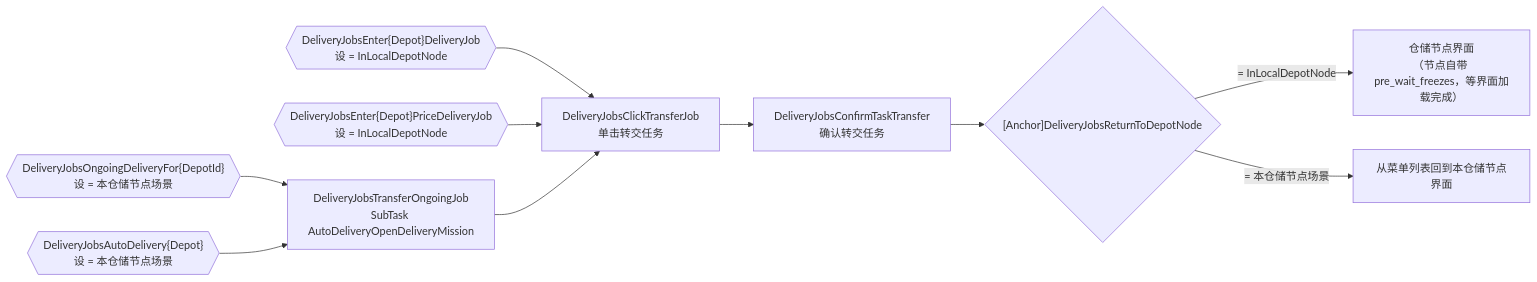
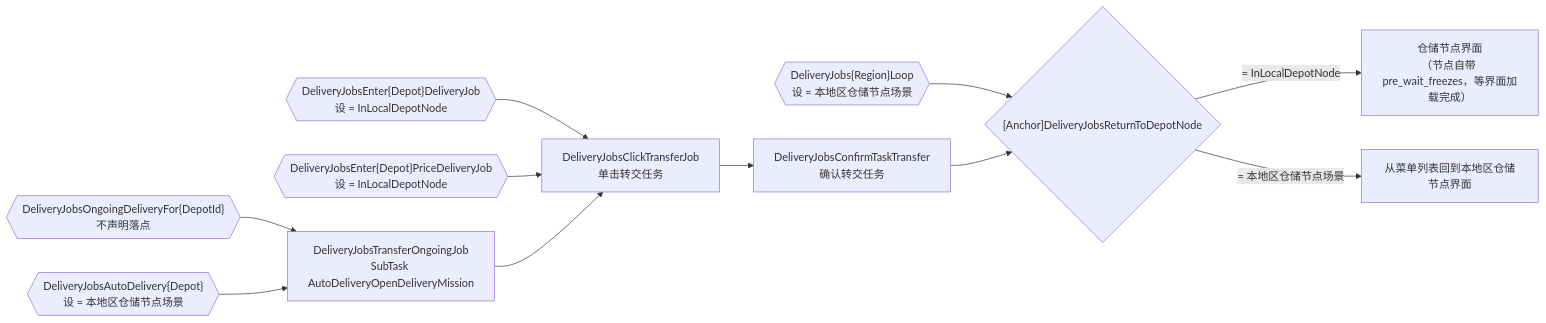
Before and after one commit to MaaEnd/MaaEnd: the fifth of 8 diagrams in docs/zh_cn/developers/tasks/delivery-jobs-maintain.md, drawn with Mermaid. The commit also changed other lines of this file and 9 other files, not shown here.

First line of the commit message:
fix(DeliveryJobs): 残留委托的回跳落点固定为发起遍历地区的仓储节点

````diff
--- a/docs/zh_cn/developers/tasks/delivery-jobs-maintain.md
+++ b/docs/zh_cn/developers/tasks/delivery-jobs-maintain.md
@@ -166,12 +166,13 @@
 ```mermaid
 flowchart LR
+    Loop{{"DeliveryJobs{Region}Loop\n设 = 本地区仓储节点场景"}} --> E
     A{{"DeliveryJobsEnter{Depot}DeliveryJob\n设 = InLocalDepotNode"}} --> C["DeliveryJobsClickTransferJob\n单击转交任务"]
     B{{"DeliveryJobsEnter{Depot}PriceDeliveryJob\n设 = InLocalDepotNode"}} --> C
-    Ong{{"DeliveryJobsOngoingDeliveryFor{DepotId}\n设 = 本仓储节点场景"}} --> TOng["DeliveryJobsTransferOngoingJob\nSubTask AutoDeliveryOpenDeliveryMission"]
-    AutoD{{"DeliveryJobsAutoDelivery{Depot}\n设 = 本仓储节点场景"}} --> TOng
+    Ong{{"DeliveryJobsOngoingDeliveryFor{DepotId}\n不声明落点"}} --> TOng["DeliveryJobsTransferOngoingJob\nSubTask AutoDeliveryOpenDeliveryMission"]
+    AutoD{{"DeliveryJobsAutoDelivery{Depot}\n设 = 本地区仓储节点场景"}} --> TOng
     TOng --> C
     C --> D["DeliveryJobsConfirmTaskTransfer\n确认转交任务"]
     D --> E{"[Anchor]DeliveryJobsReturnToDepotNode"}
     E -->|"= InLocalDepotNode"| F["仓储节点界面\n（节点自带 pre_wait_freezes，等界面加载完成）"]
-    E -->|"= 本仓储节点场景"| G["从菜单列表回到本仓储节点界面"]
+    E -->|"= 本地区仓储节点场景"| G["从菜单列表回到本地区仓储节点界面"]
 ```
````
